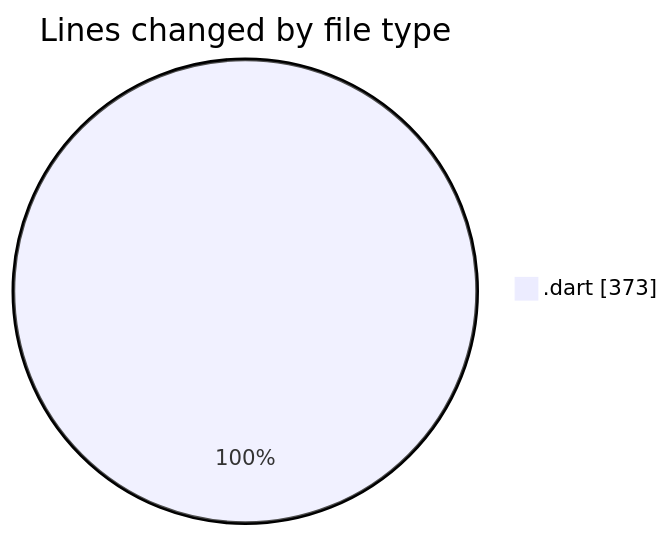
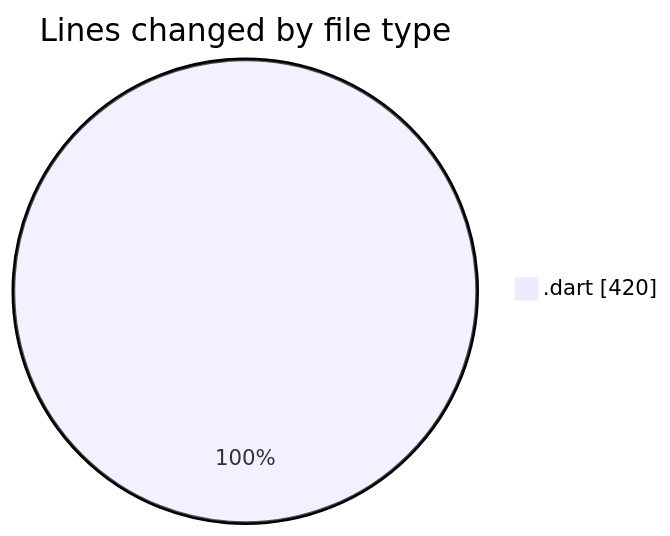
Before and after one commit to donsfak/code-tracking: the first of 2 diagrams in 2025-01-15/trackers_app/README.md, drawn with Mermaid. The commit also changed other lines of this file and 1 other file, not shown here.

````diff
--- a/2025-01-15/trackers_app/README.md
+++ b/2025-01-15/trackers_app/README.md
@@ -23,5 +23,5 @@
 ```mermaid
 pie showData
 title Lines changed by file type
-".dart" : 373
+".dart" : 420
 ```
````
